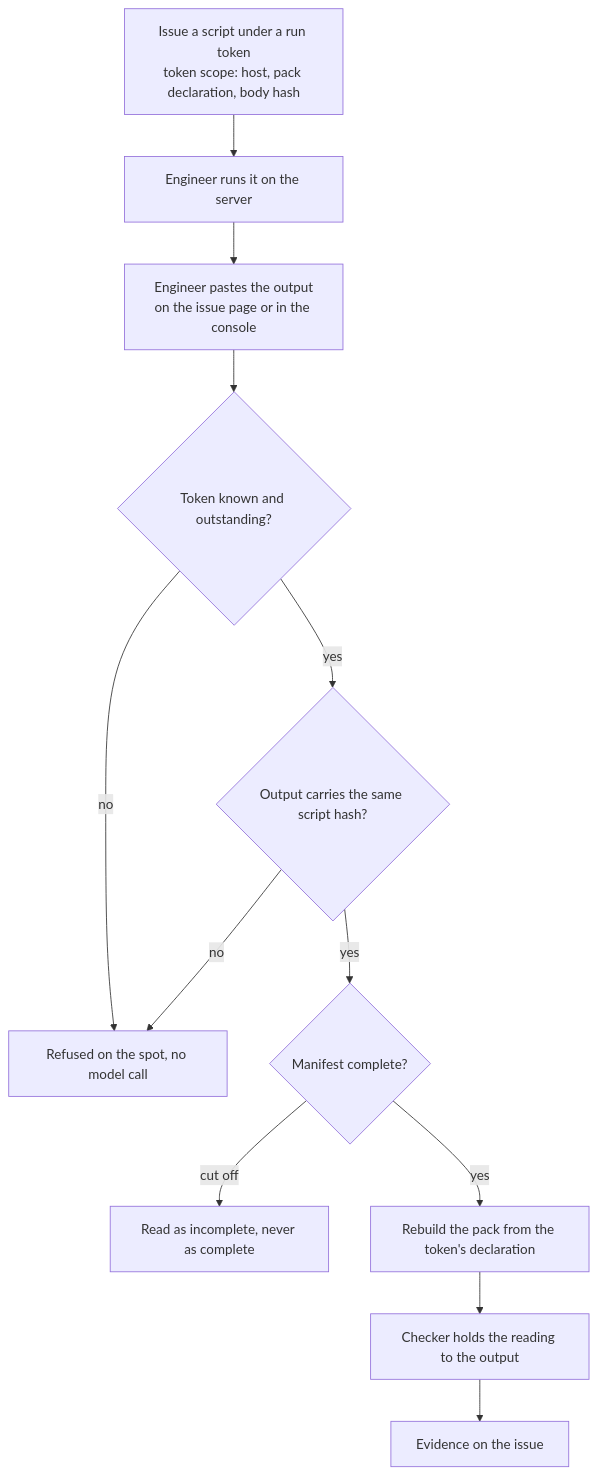
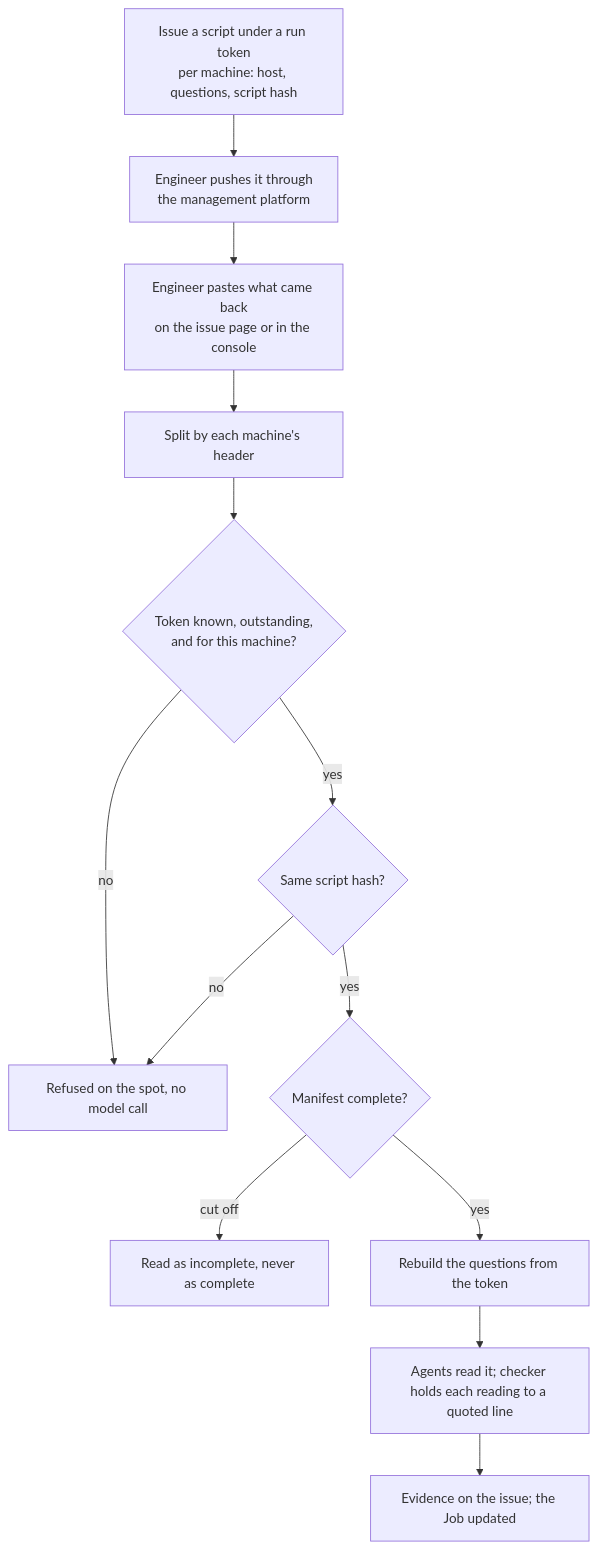
Before and after one commit to RyanH-sudo/ninjatoolkit-case-study: the sixth of 8 diagrams in CASE_STUDY.md, drawn with Mermaid. The commit also changed other lines of this file and 2 other files, not shown here.

````diff
--- a/CASE_STUDY.md
+++ b/CASE_STUDY.md
@@ -683,14 +882,15 @@
 ```mermaid
 flowchart TB
-    ISS["Issue a script under a run token<br/>token scope: host, pack declaration, body hash"] --> RUN["Engineer runs it on the server"]
-    RUN --> PST["Engineer pastes the output<br/>on the issue page or in the console"]
-    PST --> TOK{"Token known and outstanding?"}
+    ISS["Issue a script under a run token<br/>per machine: host, questions, script hash"] --> RUN["Engineer pushes it through<br/>the management platform"]
+    RUN --> PST["Engineer pastes what came back<br/>on the issue page or in the console"]
+    PST --> SPL["Split by each machine's header"]
+    SPL --> TOK{"Token known, outstanding,<br/>and for this machine?"}
     TOK -- no --> REJ["Refused on the spot, no model call"]
-    TOK -- yes --> SHA{"Output carries the same script hash?"}
+    TOK -- yes --> SHA{"Same script hash?"}
     SHA -- no --> REJ
     SHA -- yes --> MAN{"Manifest complete?"}
     MAN -- "cut off" --> PART["Read as incomplete, never as complete"]
-    MAN -- yes --> REB["Rebuild the pack from the token's declaration"]
-    REB --> CHK["Checker holds the reading to the output"]
-    CHK --> EVD["Evidence on the issue"]
+    MAN -- yes --> REB["Rebuild the questions from the token"]
+    REB --> CHK["Agents read it; checker holds each reading to a quoted line"]
+    CHK --> EVD["Evidence on the issue; the Job updated"]
 ```
````
